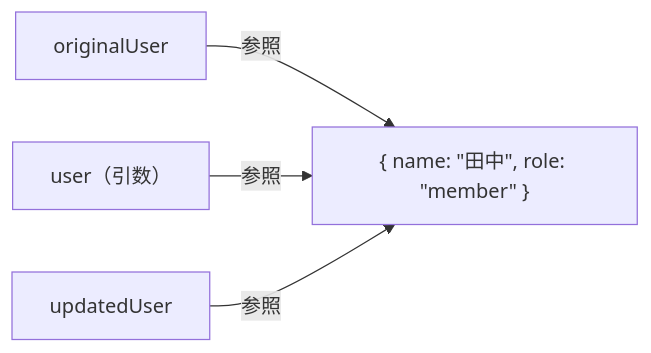
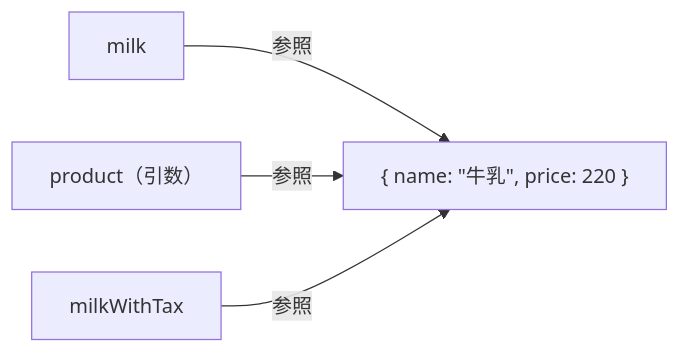
Before and after one commit to ozaki25/web-front-training-ozaki25: the third of 6 diagrams in docs/drafts/008/index.md, drawn with Mermaid. The commit also changed other lines of this file, not shown here.

````diff
--- a/docs/drafts/008/index.md
+++ b/docs/drafts/008/index.md
@@ -108,6 +110,6 @@
 ```mermaid
 flowchart LR
-  orig["originalUser"] -->|参照| obj["{ name: &quot;田中&quot;, role: &quot;member&quot; }"]
-  param["user（引数）"] -->|参照| obj
-  updated["updatedUser"] -->|参照| obj
+  milk["milk"] -->|参照| obj["{ name: &quot;牛乳&quot;, price: 220 }"]
+  param["product（引数）"] -->|参照| obj
+  withTax["milkWithTax"] -->|参照| obj
 ```
````
